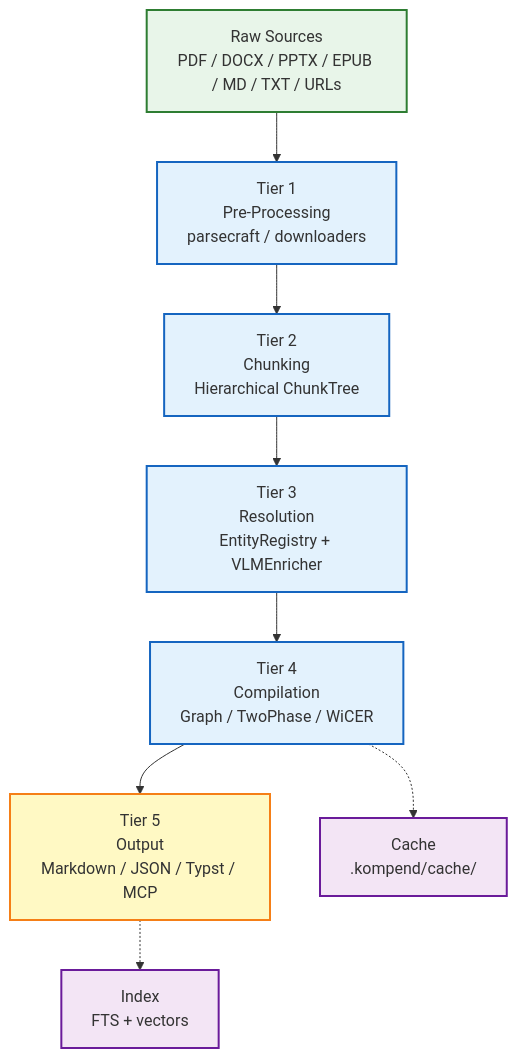
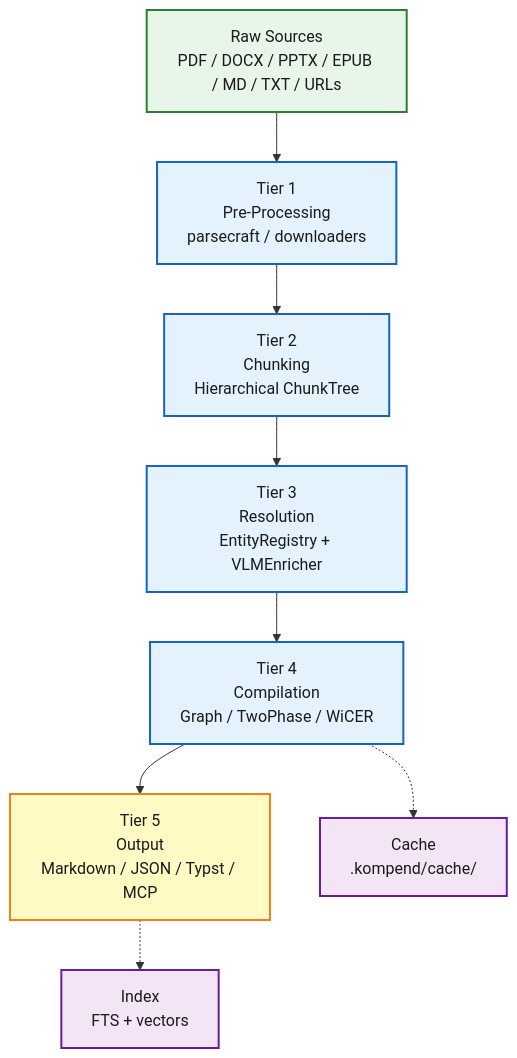
Before and after one commit to jr2804/kompend: the diagram in docs/architecture/index.md, drawn with Mermaid. The commit also changed 3 other files, not shown here.

First line of the commit message:
📝 docs(architecture): clarify agentic task execution shapes

````diff
--- a/docs/architecture/index.md
+++ b/docs/architecture/index.md
@@ -9,29 +9,29 @@
 ```mermaid
 flowchart TD
-    classDef source fill:#e8f5e9,stroke:#2e7d32,stroke-width:2px
-    classDef process fill:#e3f2fd,stroke:#1565c0,stroke-width:2px
-    classDef output fill:#fff9c4,stroke:#f57f17,stroke-width:2px
-    classDef storage fill:#f3e5f5,stroke:#6a1b9a,stroke-width:2px
+    classDef source fill:#e8f5e9,stroke:#2e7d32,stroke-width:2px,color:#1B1B1B
+    classDef process fill:#e3f2fd,stroke:#1565c0,stroke-width:2px,color:#1B1B1B
+    classDef output fill:#fff9c4,stroke:#f57f17,stroke-width:2px,color:#1B1B1B
+    classDef storage fill:#f3e5f5,stroke:#6a1b9a,stroke-width:2px,color:#1B1B1B
 
     SRC[Raw Sources<br/>PDF / DOCX / PPTX / EPUB / MD / TXT / URLs]
     T1[Tier 1<br/>Pre-Processing<br/>parsecraft / downloaders]
     T2[Tier 2<br/>Chunking<br/>Hierarchical ChunkTree]
     T3[Tier 3<br/>Resolution<br/>EntityRegistry + VLMEnricher]
     T4[Tier 4<br/>Compilation<br/>Graph / TwoPhase / WiCER]
     T5[Tier 5<br/>Output<br/>Markdown / JSON / Typst / MCP]
     CACHE[Cache<br/>.kompend/cache/]
     IDX[Index<br/>FTS + vectors]
 
     SRC --> T1
     T1 --> T2
     T2 --> T3
     T3 --> T4
     T4 --> T5
     T4 -.-> CACHE
     T5 -.-> IDX
 
     class SRC source
     class T1,T2,T3,T4,T5 process
     class T5 output
     class CACHE,IDX storage
 ```
````
